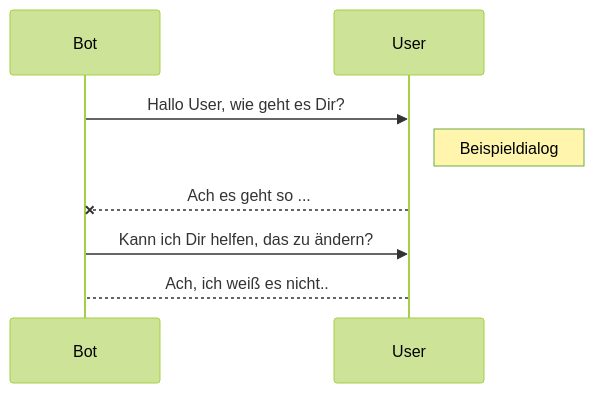
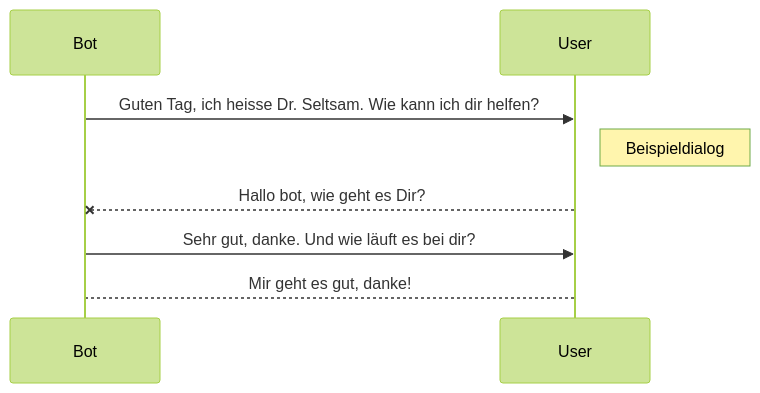
Before and after one commit to nevsglueckauf/chatbot: the diagram in README.md, drawn with Mermaid (forest theme). The commit also changed other lines of this file and 7 other files, not shown here.

````diff
--- a/README.md
+++ b/README.md
@@ -10,11 +16,11 @@
 ```mermaid
 
 sequenceDiagram
-    Bot ->> User: Hallo User, wie geht es Dir?
+    Bot ->> User: Guten Tag, ich heisse Dr. Seltsam. Wie kann ich dir helfen?
     Note right of User: Beispieldialog
-    User--x Bot: Ach es geht so ...
-    Bot ->> User: Kann ich Dir helfen, das zu ändern?
-    User-->Bot: Ach, ich weiß es nicht..
+    User--x Bot: Hallo bot, wie geht es Dir?
+    Bot ->> User: Sehr gut, danke. Und wie läuft es bei dir?
+    User-->Bot: Mir geht es gut, danke!
     
     
 ```
````
